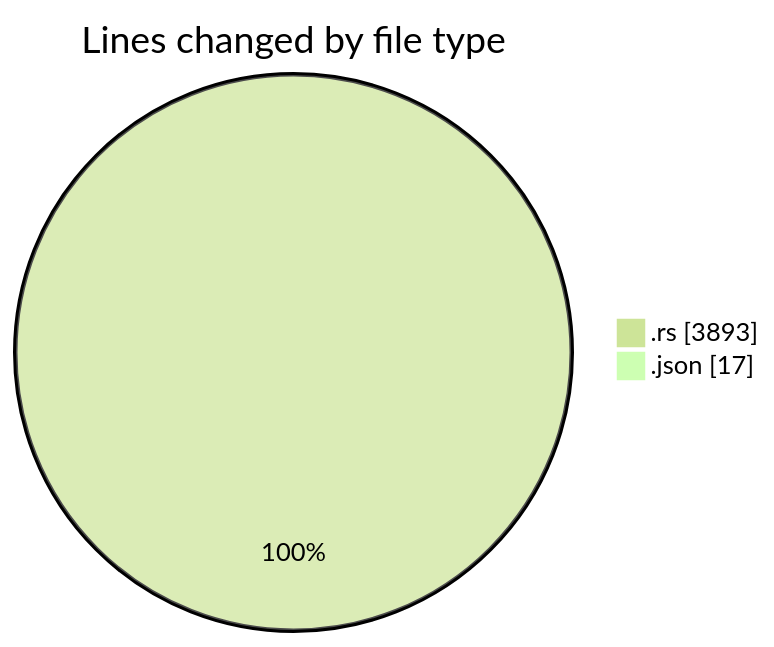
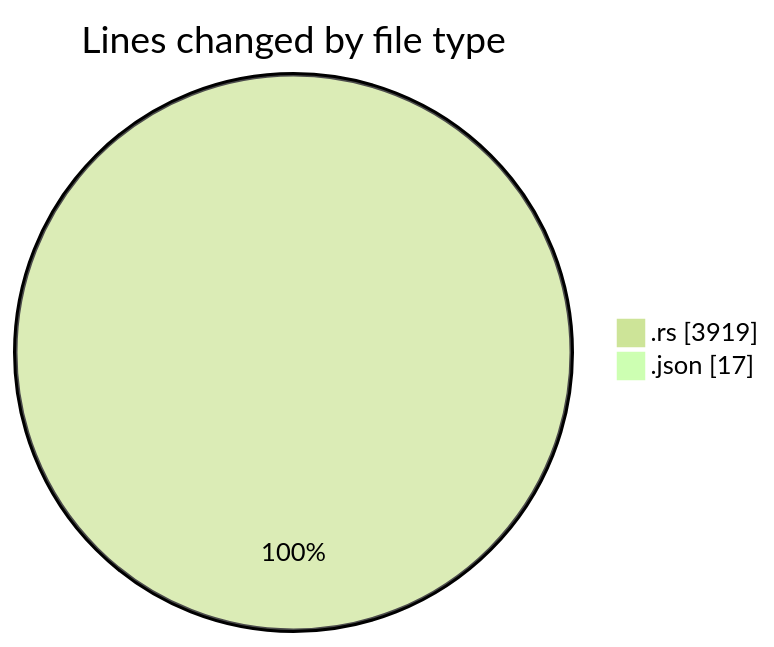
One commit to Ritupan-Deka/code-tracking changed the first of 2 diagrams in 2025-12-28/rust/README.md. Above: the diagram before and after it, drawn with Mermaid (forest theme). The commit also changed other lines of this file and 1 other file, not shown here.

````diff
--- a/2025-12-28/rust/README.md
+++ b/2025-12-28/rust/README.md
@@ -22,6 +23,6 @@
 ```mermaid
 pie showData
 title Lines changed by file type
-".rs" : 3893
+".rs" : 3919
 ".json" : 17
 ```
````
